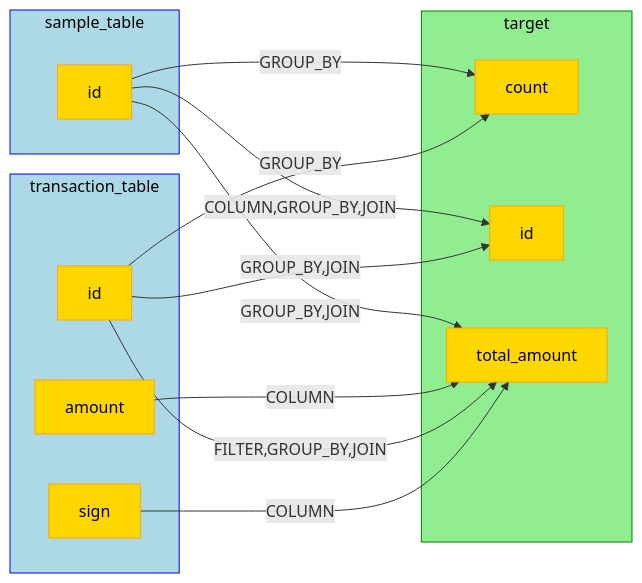
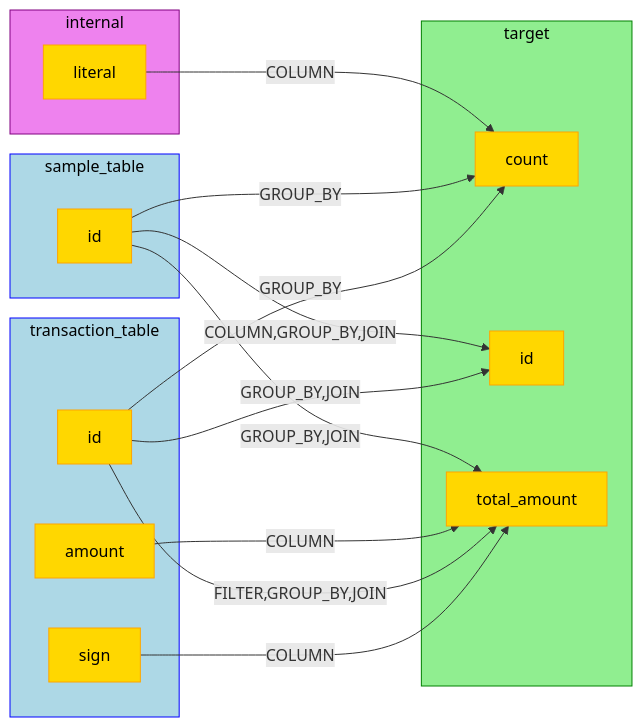
Before and after one commit to NielkNetraam/explainalyzed: the diagram in data/lineage/aggregation_3.mmd, drawn with Mermaid. The commit also changed 31 other files, not shown here.

```diff
--- a/data/lineage/aggregation_3.mmd
+++ b/data/lineage/aggregation_3.mmd
@@ -1,35 +1,41 @@
 flowchart LR
     classDef SOURCE stroke:Blue,fill:LightBlue,color:black
     classDef TARGET stroke:Green,fill:LightGreen,color:black
     classDef INTERMEDIATE stroke:DarkOrange,fill:Orange,color:black
     classDef INTERNAL stroke:Purple,fill:Violet,color:black
     classDef FIELD stroke:Orange,fill:Gold,color:black
 
     sample_table:::SOURCE
     transaction_table:::SOURCE
     target:::TARGET
+    internal:::INTERNAL
 
     subgraph sample_table
         sample_table.id[id]:::FIELD
     end
 
     subgraph transaction_table
         transaction_table.amount[amount]:::FIELD
         transaction_table.id[id]:::FIELD
         transaction_table.sign[sign]:::FIELD
     end
 
     subgraph target
         target.count[count]:::FIELD
         target.id[id]:::FIELD
         target.total_amount[total_amount]:::FIELD
     end
 
+    subgraph internal
+        internal.literal[literal]:::FIELD
+    end
+
+    internal.literal -- COLUMN --> target.count
     sample_table.id -- GROUP_BY --> target.count
     sample_table.id -- COLUMN,GROUP_BY,JOIN --> target.id
     sample_table.id -- GROUP_BY,JOIN --> target.total_amount
     transaction_table.amount -- COLUMN --> target.total_amount
     transaction_table.id -- GROUP_BY --> target.count
     transaction_table.id -- GROUP_BY,JOIN --> target.id
     transaction_table.id -- FILTER,GROUP_BY,JOIN --> target.total_amount
     transaction_table.sign -- COLUMN --> target.total_amount
```
